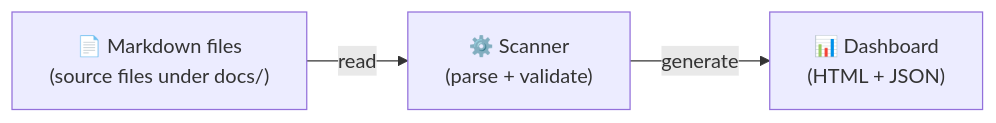
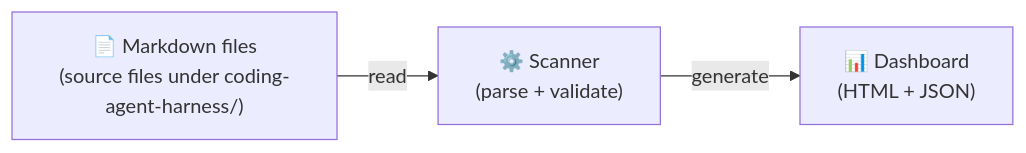
Before and after one commit to FairladyZ625/coding-agent-harness: the first of 7 diagrams in docs-release/architecture/system-explainer/en-US/05-data-flow.md, drawn with Mermaid. The commit also changed other lines of this file and 120 other files, not shown here.

````diff
--- a/docs-release/architecture/system-explainer/en-US/05-data-flow.md
+++ b/docs-release/architecture/system-explainer/en-US/05-data-flow.md
@@ -5,8 +5,8 @@
 ```mermaid
 flowchart LR
-  A["📄 Markdown files\n(source files under docs/)"]
+  A["📄 Markdown files\n(source files under coding-agent-harness/)"]
   B["⚙️ Scanner\n(parse + validate)"]
   C["📊 Dashboard\n(HTML + JSON)"]
 
   A -->|"read"| B -->|"generate"| C
 ```
````
